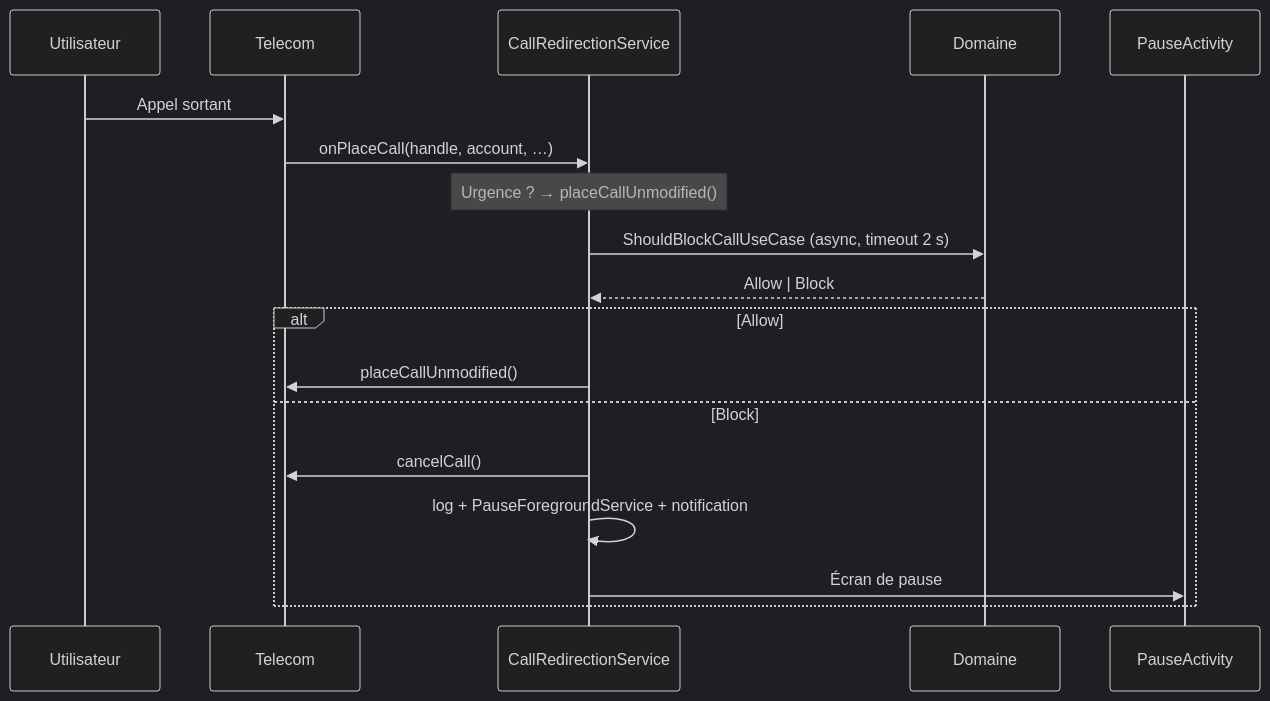
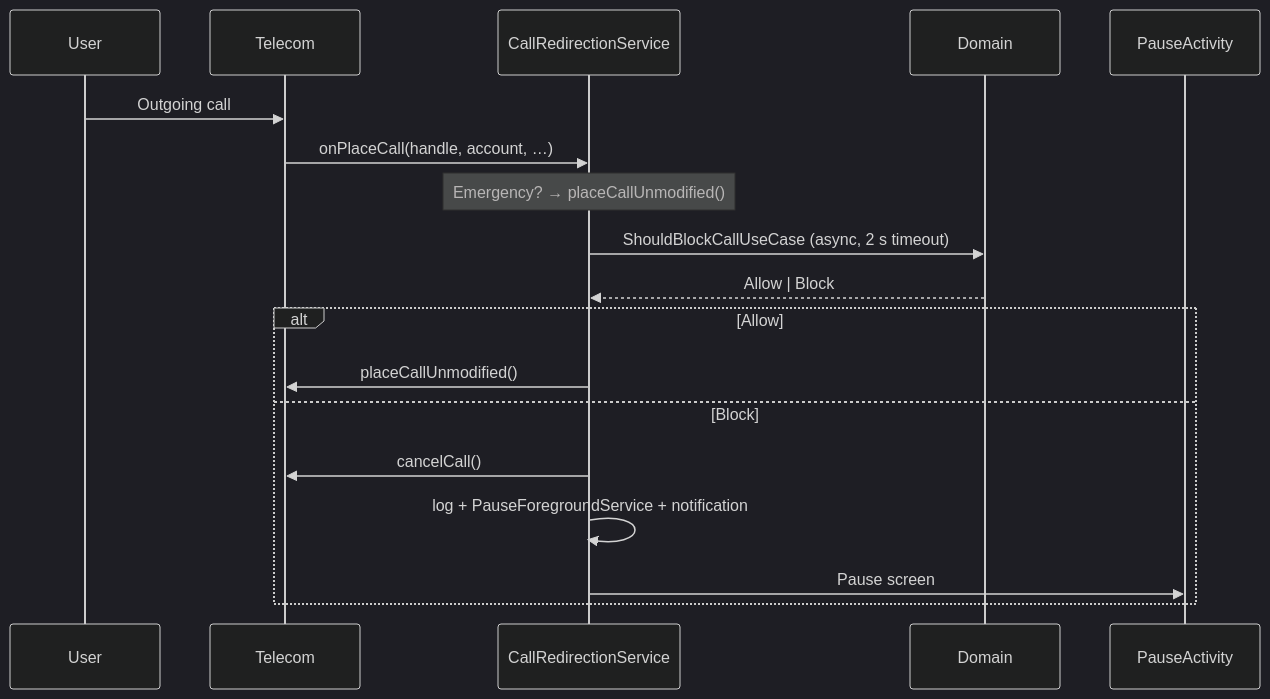
One commit to AJANEDOUBY/InstantPause-App changed the diagram in README.md. Above: the diagram before and after it, drawn with Mermaid (dark theme). The commit also changed other lines of this file and 3 other files, not shown here.

````diff
--- a/README.md
+++ b/README.md
@@ -194,21 +197,21 @@
 ```mermaid
 sequenceDiagram
-    participant U as Utilisateur
+    participant U as User
     participant T as Telecom
     participant S as CallRedirectionService
-    participant D as Domaine
+    participant D as Domain
     participant P as PauseActivity
 
-    U->>T: Appel sortant
+    U->>T: Outgoing call
     T->>S: onPlaceCall(handle, account, …)
-    Note over S: Urgence ? → placeCallUnmodified()
-    S->>D: ShouldBlockCallUseCase (async, timeout 2 s)
+    Note over S: Emergency? → placeCallUnmodified()
+    S->>D: ShouldBlockCallUseCase (async, 2 s timeout)
     D-->>S: Allow | Block
     alt Allow
         S->>T: placeCallUnmodified()
     else Block
         S->>T: cancelCall()
         S->>S: log + PauseForegroundService + notification
-        S->>P: Écran de pause
+        S->>P: Pause screen
     end
 ```
````
